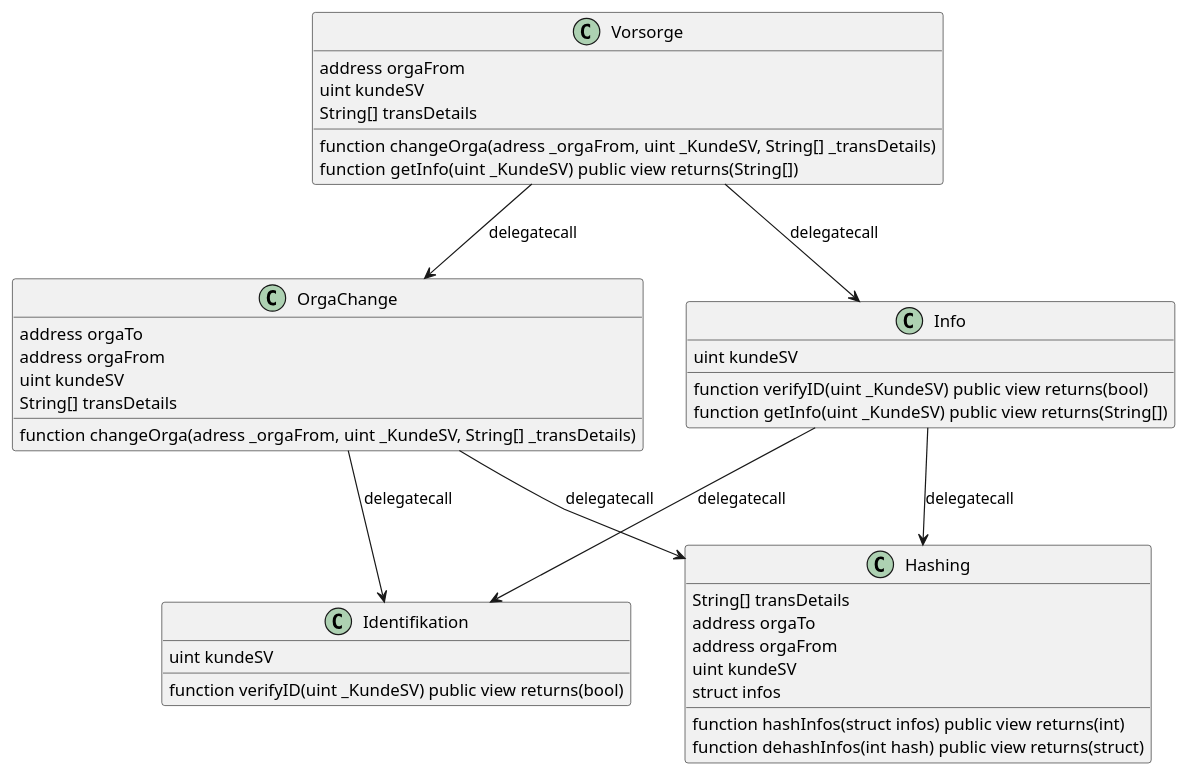
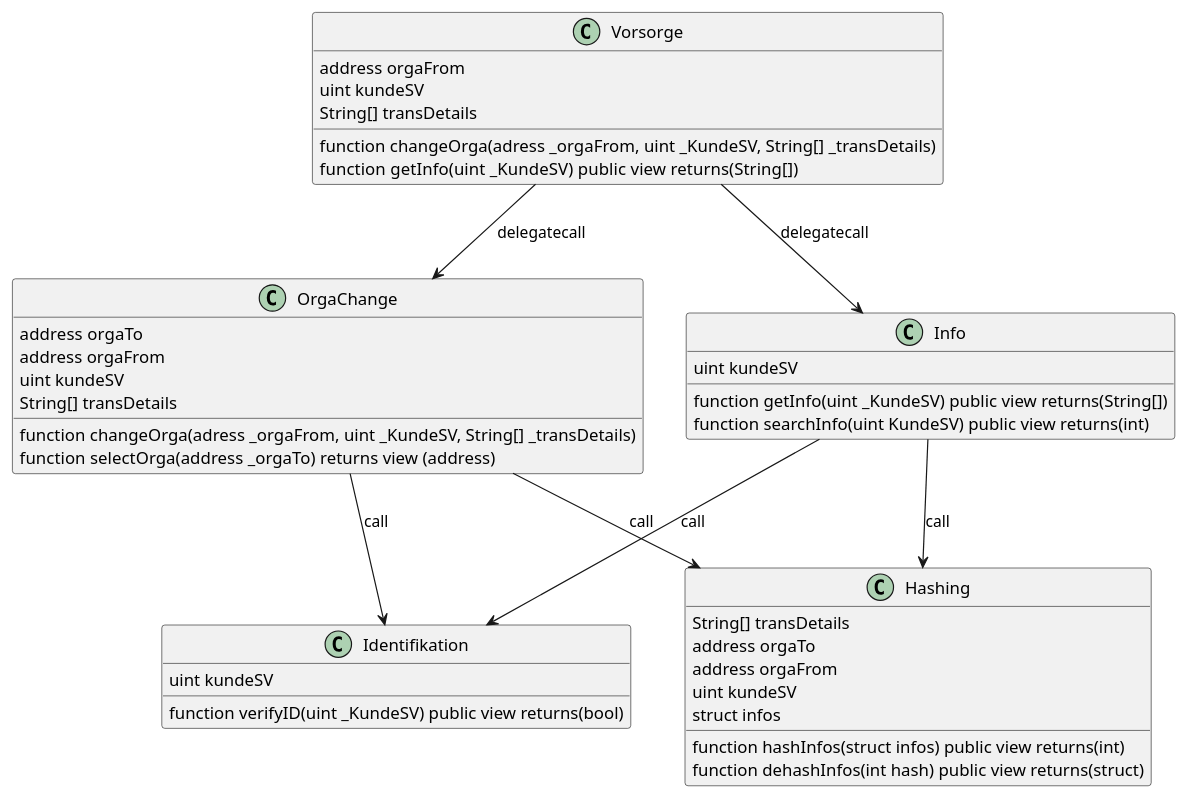
One commit to TK5-Tim/Unibas-BCC2019-VVS changed the diagram in docs/VVS.puml. Above: the diagram before and after it, drawn with PlantUML. The commit also changed 4 other files, not shown here.

Commit message:
create classes and activity diagrams

```diff
--- a/docs/VVS.puml
+++ b/docs/VVS.puml
@@ -1,41 +1,42 @@
 @startuml VVS_classes
 class Vorsorge {
     address orgaFrom
     uint kundeSV
     String[] transDetails
     function changeOrga(adress _orgaFrom, uint _KundeSV, String[] _transDetails)
     function getInfo(uint _KundeSV)  public view returns(String[])
 }
 class OrgaChange {
     address orgaTo
     address orgaFrom
     uint kundeSV
     String[] transDetails
     function changeOrga(adress _orgaFrom, uint _KundeSV, String[] _transDetails)
+    function selectOrga(address _orgaTo) returns view (address)
 }
 class Info {
     uint kundeSV
-    function verifyID(uint _KundeSV) public view returns(bool)
     function getInfo(uint _KundeSV) public view returns(String[])
+    function searchInfo(uint KundeSV) public view returns(int)
 }
 class Identifikation {
     uint kundeSV
     function verifyID(uint _KundeSV) public view returns(bool)
 }
 class Hashing {
     String[] transDetails 
     address orgaTo
     address orgaFrom
     uint kundeSV 
     struct infos 
     function hashInfos(struct infos) public view returns(int)
     function dehashInfos(int hash) public view returns(struct)
 }
 Vorsorge --> OrgaChange : delegatecall
 Vorsorge --> Info : delegatecall
-OrgaChange --> Identifikation : delegatecall
-Info --> Identifikation: delegatecall
-Info --> Hashing: delegatecall
-OrgaChange --> Hashing: delegatecall
+OrgaChange --> Identifikation : call
+Info --> Identifikation: call
+Info --> Hashing: call
+OrgaChange --> Hashing: call
 
 @enduml
```
